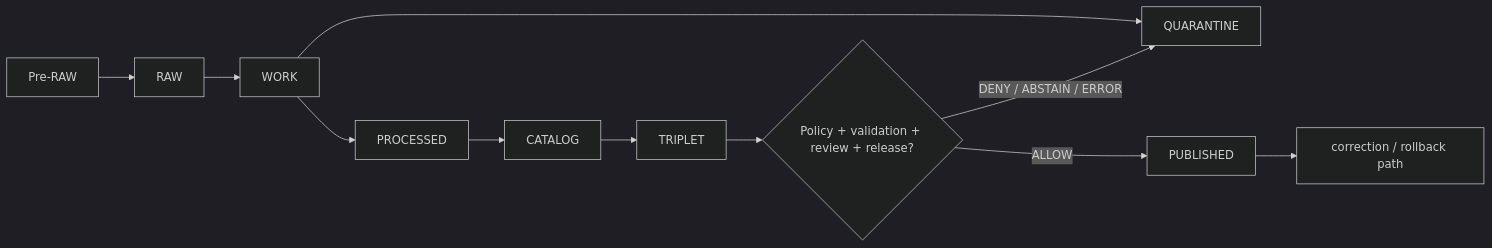
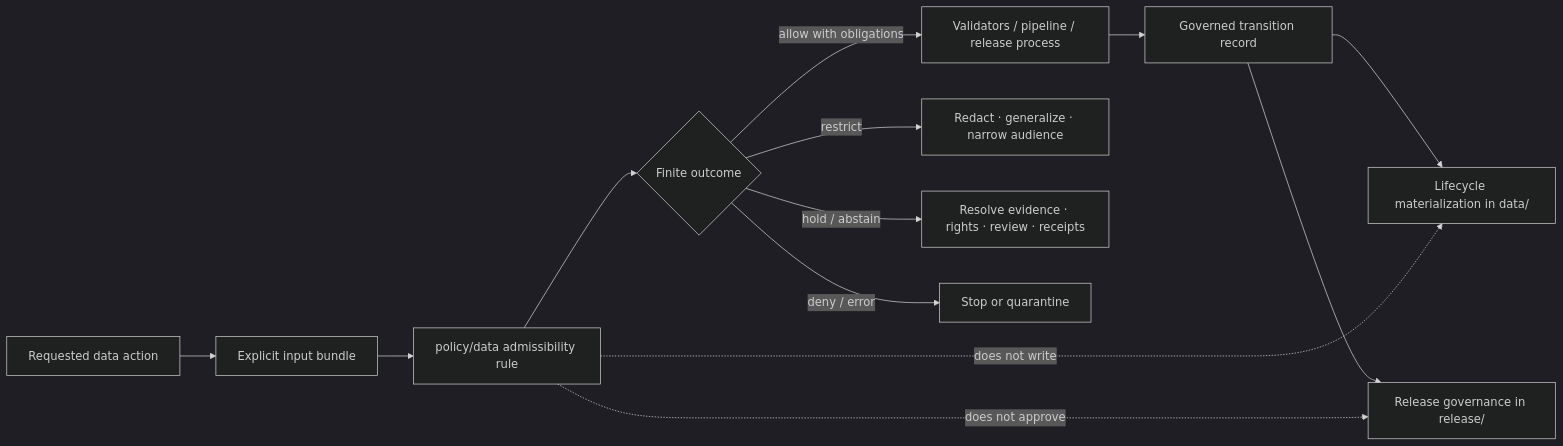
Before and after one commit to bartytime4life/Kansas-Frontier-Matrix: the diagram in policy/data/README.md, drawn with Mermaid (dark theme). The commit also changed other lines of this file, not shown here.

Commit message:
docs(policy): ground data policy README

````diff
--- a/policy/data/README.md
+++ b/policy/data/README.md
@@ -206,13 +145,16 @@
 ```mermaid
 flowchart LR
-    PRE["Pre-RAW"] --> RAW["RAW"]
-    RAW --> WORK["WORK"]
-    WORK --> QUAR["QUARANTINE"]
-    WORK --> PROC["PROCESSED"]
-    PROC --> CAT["CATALOG"]
-    CAT --> TRI["TRIPLET"]
-    TRI --> GATE{"Policy + validation + review + release?"}
-    GATE -->|ALLOW| PUB["PUBLISHED"]
-    GATE -->|DENY / ABSTAIN / ERROR| QUAR
-    PUB --> RB["correction / rollback path"]
+    A["Requested data action"] --> I["Explicit input bundle"]
+    I --> P["policy/data admissibility rule"]
+    P --> O{"Finite outcome"}
+    O -->|allow with obligations| V["Validators / pipeline / release process"]
+    O -->|restrict| R["Redact · generalize · narrow audience"]
+    O -->|hold / abstain| H["Resolve evidence · rights · review · receipts"]
+    O -->|deny / error| Q["Stop or quarantine"]
+    V --> D["Governed transition record"]
+    D --> X["Lifecycle materialization in data/"]
+    D --> Y["Release governance in release/"]
+
+    P -. "does not write" .-> X
+    P -. "does not approve" .-> Y
 ```
````
